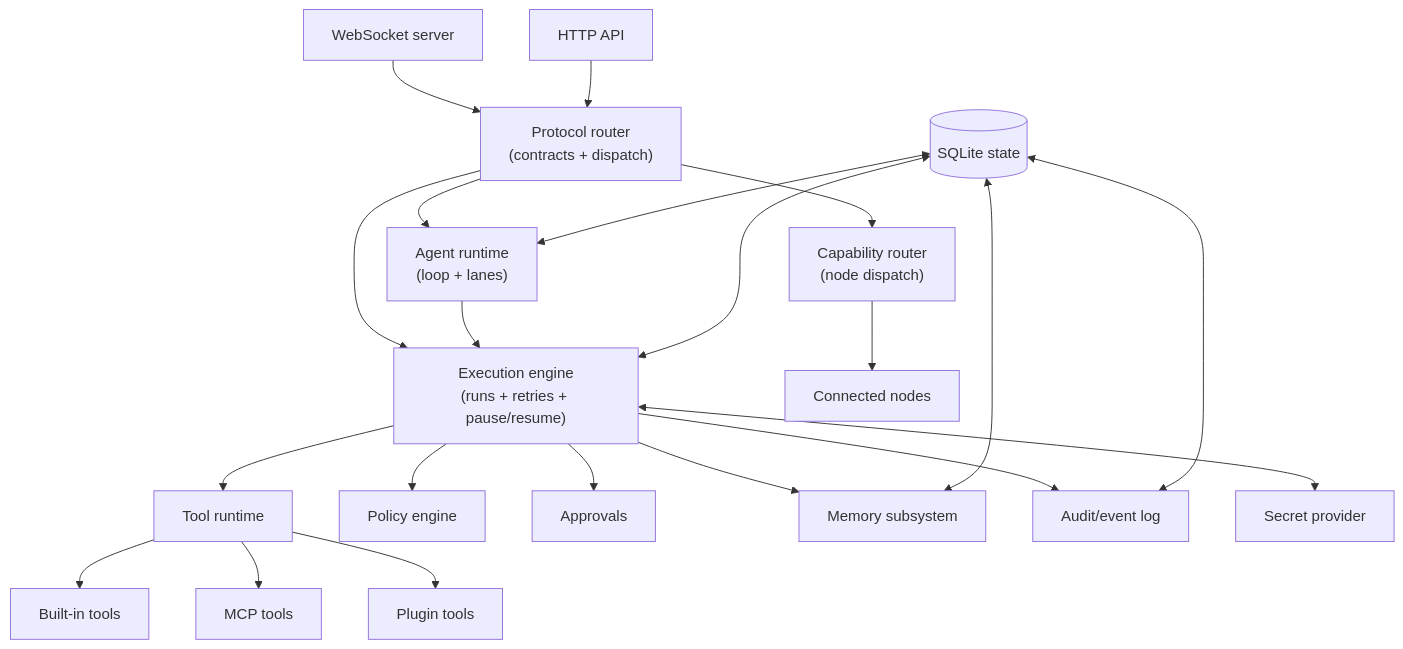
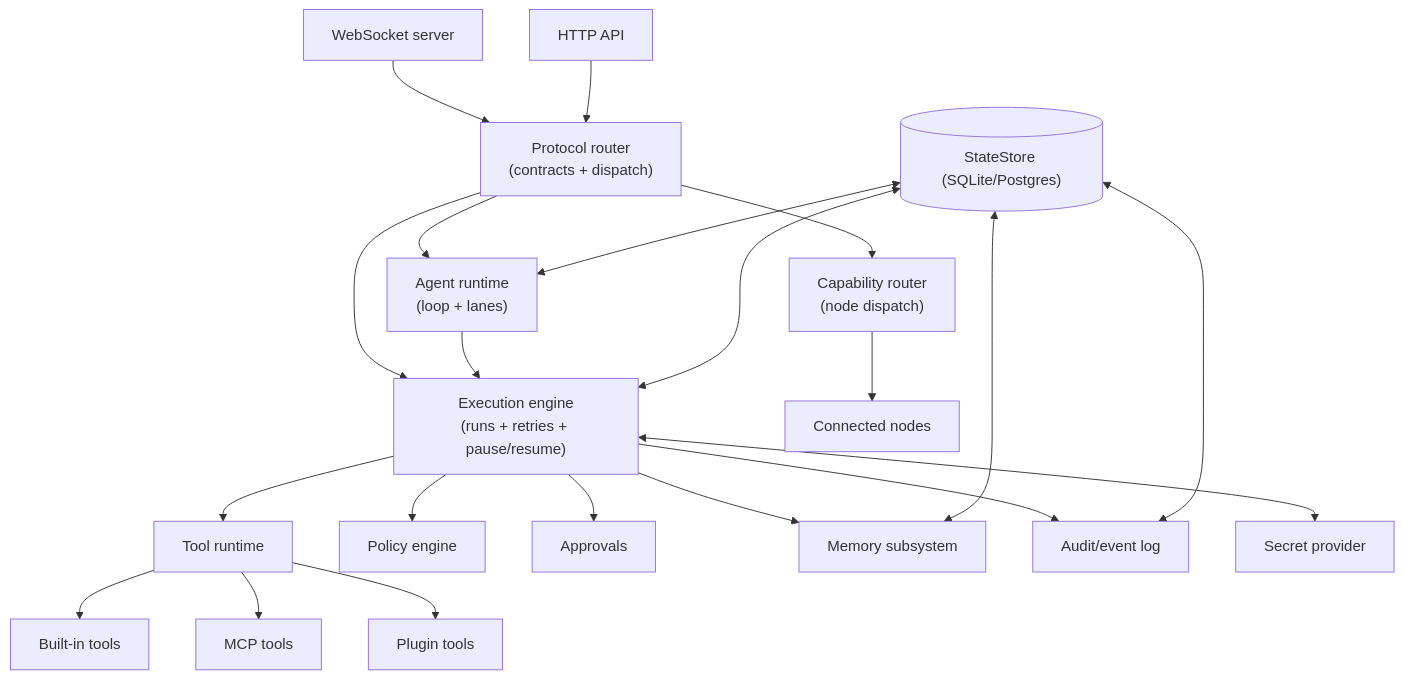
Before and after one commit to tyrumai/tyrum: the diagram in docs/architecture/gateway/index.md, drawn with Mermaid. The commit also changed other lines of this file and 13 other files, not shown here.

````diff
--- a/docs/architecture/gateway/index.md
+++ b/docs/architecture/gateway/index.md
@@ -28,28 +30,28 @@
 ```mermaid
 flowchart TB
   WS["WebSocket server"] --> PROTO["Protocol router<br/>(contracts + dispatch)"]
   HTTP["HTTP API"] --> PROTO
 
   PROTO --> AG["Agent runtime<br/>(loop + lanes)"]
   PROTO --> ENG["Execution engine<br/>(runs + retries + pause/resume)"]
   PROTO --> CAP["Capability router<br/>(node dispatch)"]
 
   AG --> ENG
   ENG --> TOOLS["Tool runtime"]
   TOOLS --> BUILTIN["Built-in tools"]
   TOOLS --> MCP["MCP tools"]
   TOOLS --> PLUGTOOLS["Plugin tools"]
 
   ENG --> POLICY["Policy engine"]
   ENG --> APPR["Approvals"]
   ENG --> MEM["Memory subsystem"]
   ENG --> AUDIT["Audit/event log"]
   ENG <--> SECRETS["Secret provider"]
 
-  DB[("SQLite state")] <--> MEM
+  DB[("StateStore (SQLite/Postgres)")] <--> MEM
   DB <--> AUDIT
   DB <--> AG
   DB <--> ENG
 
   CAP --> NODES["Connected nodes"]
 ```
````
